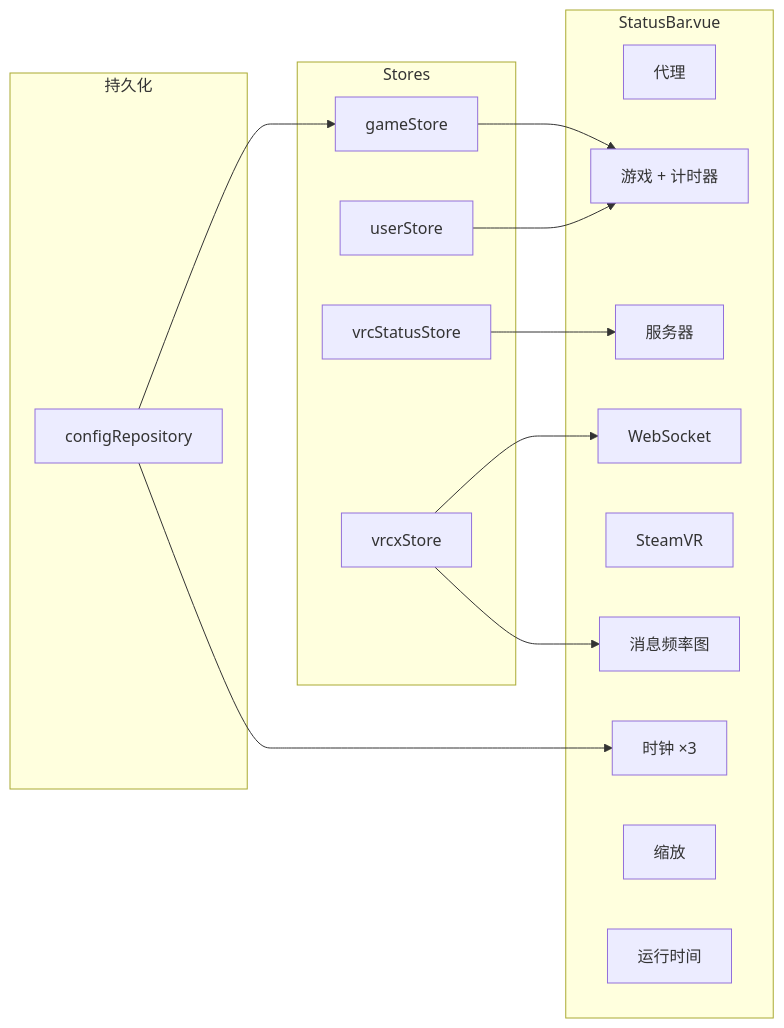
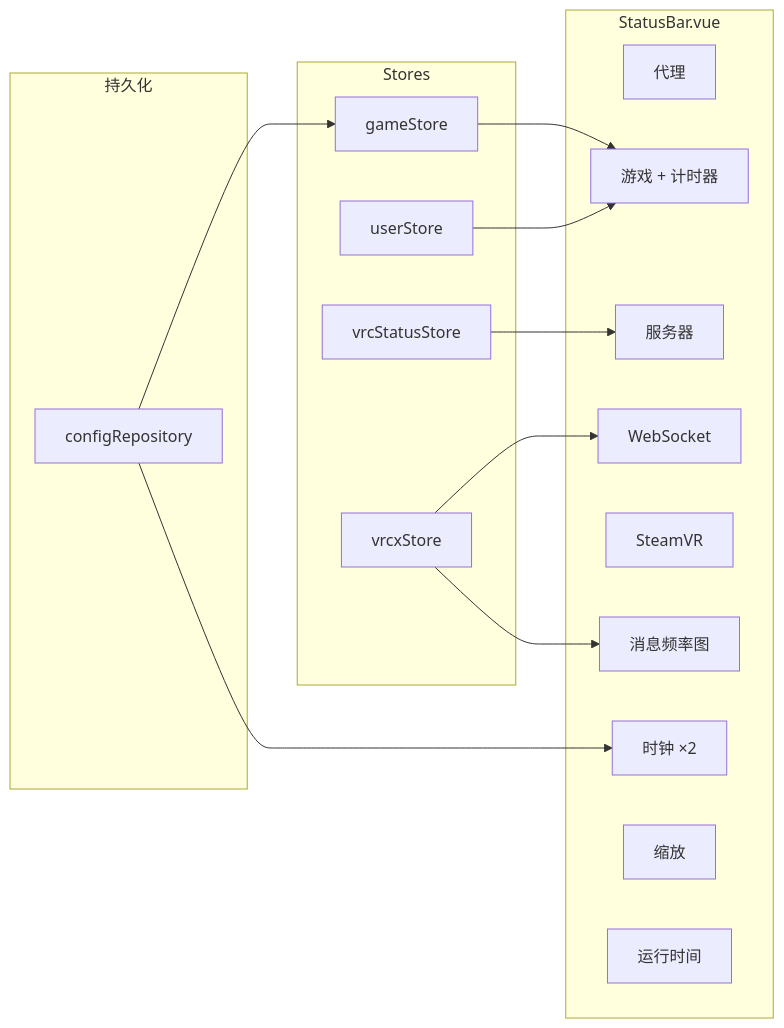
The first of 2 diagrams in zh/modules/status-bar.md (Map1en/vrcx-docs), drawn with Mermaid before and after one commit. The commit also changed other lines of this file and 19 other files, not shown here.

````diff
--- a/zh/modules/status-bar.md
+++ b/zh/modules/status-bar.md
@@ -5,33 +5,33 @@
 ```mermaid
 graph LR
     subgraph StatusBar["StatusBar.vue"]
         Proxy["代理"]
         Game["游戏 + 计时器"]
         Servers["服务器"]
         WS["WebSocket"]
         Steam["SteamVR"]
         Spark["消息频率图"]
-        Clocks["时钟 ×3"]
+        Clocks["时钟 ×2"]
         Zoom["缩放"]
         Uptime["运行时间"]
     end
 
     subgraph Stores
         gameStore["gameStore"]
         userStore["userStore"]
         vrcStatusStore["vrcStatusStore"]
         vrcxStore["vrcxStore"]
     end
 
     subgraph Persistence["持久化"]
         config["configRepository"]
     end
 
     gameStore --> Game
     userStore --> Game
     vrcStatusStore --> Servers
     vrcxStore --> WS
     vrcxStore --> Spark
     config --> Clocks
     config --> gameStore
 ```
````
